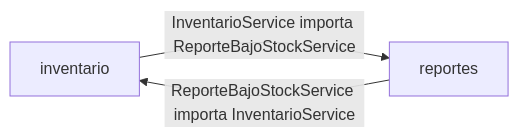
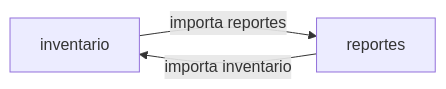
The first of 2 diagrams in README.md (Humbeer06/mogollon-post1-u11), drawn with Mermaid before and after one commit. The commit also changed other lines of this file, not shown here.

Commit message:
docs: acortar etiquetas de los diagramas mermaid del README

````diff
--- a/README.md
+++ b/README.md
@@ -111,5 +111,5 @@
 ```mermaid
 flowchart LR
-    inventario -->|"InventarioService importa ReporteBajoStockService"| reportes
-    reportes -->|"ReporteBajoStockService importa InventarioService"| inventario
+    inventario -->|"importa reportes"| reportes
+    reportes -->|"importa inventario"| inventario
 ```
````
